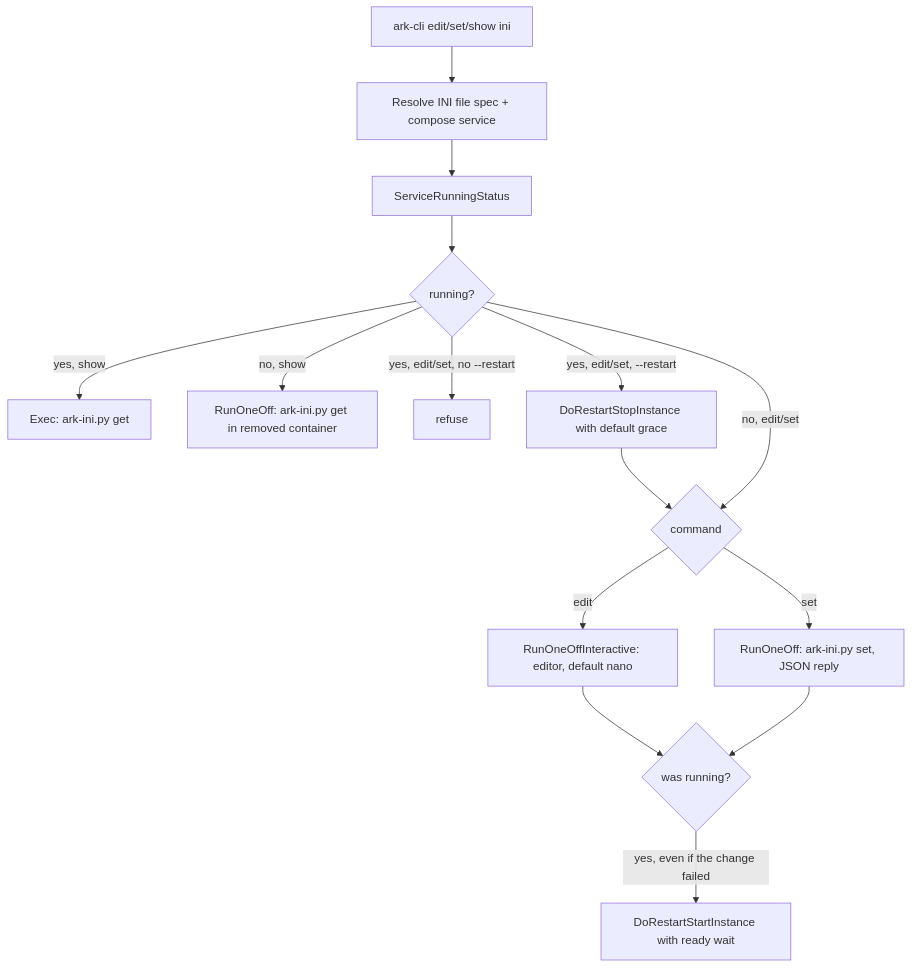
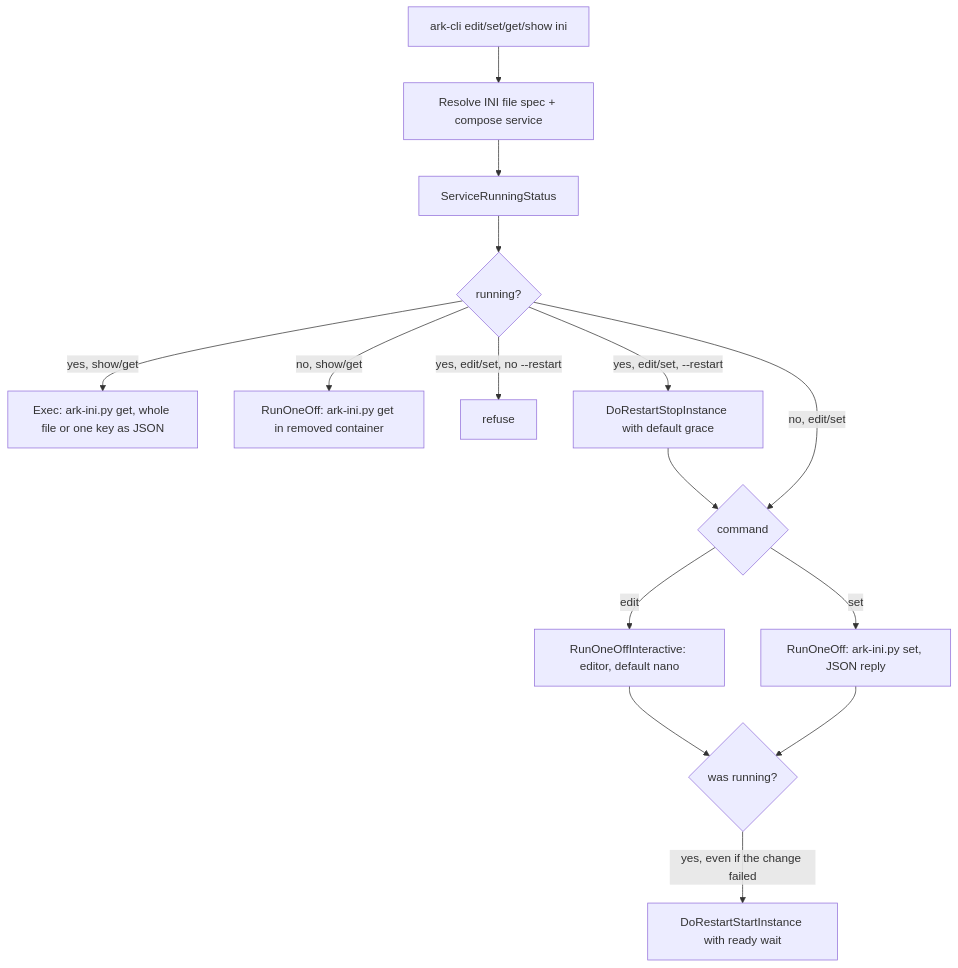
Diagram 11 of 12 in docs/dev/reference/runtime-call-graph.md (bryanwieg/arkascended-server), drawn with Mermaid before and after one commit. The commit also changed other lines of this file and 8 other files, not shown here.

First line of the commit message:
feat(cli): add `get ini` to print one INI key

````diff
--- a/docs/dev/reference/runtime-call-graph.md
+++ b/docs/dev/reference/runtime-call-graph.md
@@ -300,18 +300,18 @@
 ```mermaid
 flowchart TD
-    A[ark-cli edit/set/show ini] --> B[Resolve INI file spec + compose service]
+    A[ark-cli edit/set/get/show ini] --> B[Resolve INI file spec + compose service]
     B --> C[ServiceRunningStatus]
     C --> D{running?}
 
-    D -->|"yes, show"| F[Exec: ark-ini.py get]
-    D -->|"no, show"| H[RunOneOff: ark-ini.py get in removed container]
+    D -->|"yes, show/get"| F[Exec: ark-ini.py get, whole file or one key as JSON]
+    D -->|"no, show/get"| H[RunOneOff: ark-ini.py get in removed container]
     D -->|"yes, edit/set, no --restart"| X[refuse]
     D -->|"yes, edit/set, --restart"| J[DoRestartStopInstance with default grace]
     J --> G
     D -->|"no, edit/set"| G{command}
     G -->|"edit"| E[RunOneOffInteractive: editor, default nano]
     G -->|"set"| S[RunOneOff: ark-ini.py set, JSON reply]
     E --> K{was running?}
     S --> K
     K -->|"yes, even if the change failed"| L[DoRestartStartInstance with ready wait]
 ```
````
